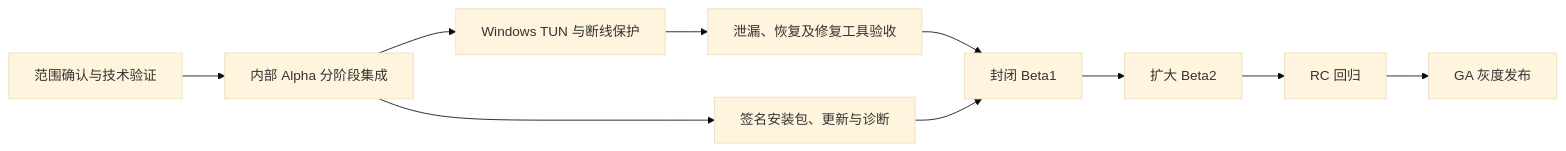
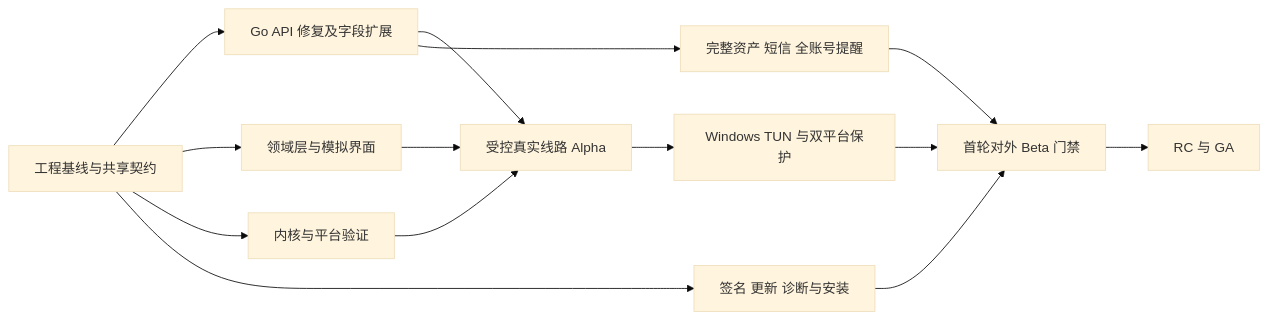
One commit to BlueGrassN/BlueGrass changed the diagram in docs/superpowers/plans/2026-10-10-sunipip-client-implementation-plan.md. Above: the diagram before and after it, drawn with Mermaid (base theme). The commit also changed other lines of this file and 1258 other files, not shown here.

````diff
--- a/docs/superpowers/plans/2026-10-10-sunipip-client-implementation-plan.md
+++ b/docs/superpowers/plans/2026-10-10-sunipip-client-implementation-plan.md
@@ -27,12 +109,16 @@
 ```mermaid
 flowchart LR
-    Verify[范围确认与技术验证] --> Alpha[内部 Alpha 分阶段集成]
-    Alpha --> Protect[Windows TUN 与断线保护]
-    Alpha --> Release[签名安装包、更新与诊断]
-    Protect --> Acceptance[泄漏、恢复及修复工具验收]
-    Acceptance --> Beta1[封闭 Beta1]
-    Release --> Beta1
-    Beta1 --> Beta2[扩大 Beta2]
-    Beta2 --> RC[RC 回归]
-    RC --> GA[GA 灰度发布]
+    K[工程基线与共享契约] --> API[Go API 修复及字段扩展]
+    K --> UI[领域层与模拟界面]
+    K --> S[内核与平台验证]
+    API --> Alpha[受控真实线路 Alpha]
+    UI --> Alpha
+    S --> Alpha
+    Alpha --> P[Windows TUN 与双平台保护]
+    API --> F[完整资产 短信 全账号提醒]
+    K --> R[签名 更新 诊断与安装]
+    P --> Beta[首轮对外 Beta 门禁]
+    F --> Beta
+    R --> Beta
+    Beta --> RC[RC 与 GA]
 ```
````
